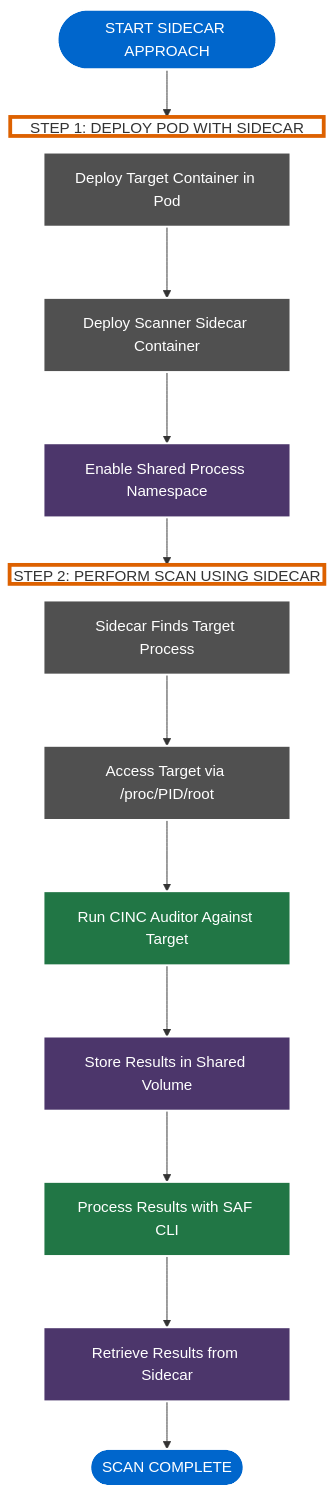
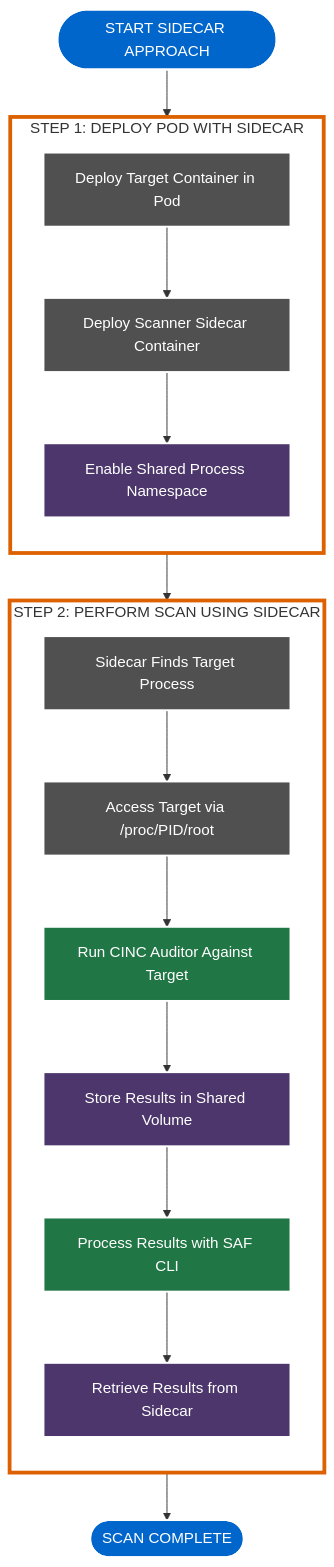
Before and after one commit to mitre/kube-secure-scanner: the fourth of 10 diagrams in docs/overview/mermaid-diagrams.md, drawn with Mermaid. The commit also changed other lines of this file and 1 other file, not shown here.

First line of the commit message:
Fix all diagram containment issues and add documentation

````diff
--- a/docs/overview/mermaid-diagrams.md
+++ b/docs/overview/mermaid-diagrams.md
@@ -148,46 +142,42 @@
 ```mermaid
 flowchart TD
     start([START SIDECAR APPROACH]) --> step1
     
     subgraph step1["STEP 1: DEPLOY POD WITH SIDECAR"]
         direction TB
         deploy_target["Deploy Target Container in Pod"] --> deploy_sidecar["Deploy Scanner Sidecar Container"]
         deploy_sidecar --> shared_namespace["Enable Shared Process Namespace"]
     end
     
     step1 --> step2
     
     subgraph step2["STEP 2: PERFORM SCAN USING SIDECAR"]
         direction TB
         find_process["Sidecar Finds Target Process"] --> access_fs["Access Target via /proc/PID/root"]
         access_fs --> run_cinc["Run CINC Auditor Against Target"]
         run_cinc --> store_results["Store Results in Shared Volume"]
         store_results --> process_results["Process Results with SAF CLI"]
         process_results --> retrieve_results["Retrieve Results from Sidecar"]
     end
     
     step2 --> complete([SCAN COMPLETE])
     
     %% WCAG-compliant styling
     style start fill:#0066CC,stroke:#FFFFFF,stroke-width:2px,color:#FFFFFF
     style complete fill:#0066CC,stroke:#FFFFFF,stroke-width:2px,color:#FFFFFF
     
     %% Step styling with WCAG-compliant colors - works in both light/dark
     style step1 fill:none,stroke:#DD6100,stroke-width:4px
     style step2 fill:none,stroke:#DD6100,stroke-width:4px
     
     %% Process styling
     style deploy_target fill:#505050,stroke:#FFFFFF,stroke-width:2px,color:#FFFFFF
     style deploy_sidecar fill:#505050,stroke:#FFFFFF,stroke-width:2px,color:#FFFFFF
     style shared_namespace fill:#4C366B,stroke:#FFFFFF,stroke-width:2px,color:#FFFFFF
     style find_process fill:#505050,stroke:#FFFFFF,stroke-width:2px,color:#FFFFFF
     style access_fs fill:#505050,stroke:#FFFFFF,stroke-width:2px,color:#FFFFFF
     style run_cinc fill:#217645,stroke:#FFFFFF,stroke-width:2px,color:#FFFFFF
     style store_results fill:#4C366B,stroke:#FFFFFF,stroke-width:2px,color:#FFFFFF
     style process_results fill:#217645,stroke:#FFFFFF,stroke-width:2px,color:#FFFFFF
     style retrieve_results fill:#4C366B,stroke:#FFFFFF,stroke-width:2px,color:#FFFFFF
-    
-    %% Add more vertical space
-    classDef space height:20px;
-    class step1,step2 space;
 ```
````
